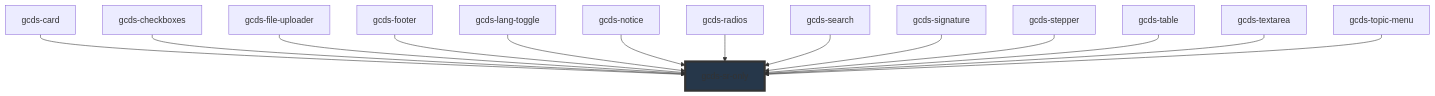
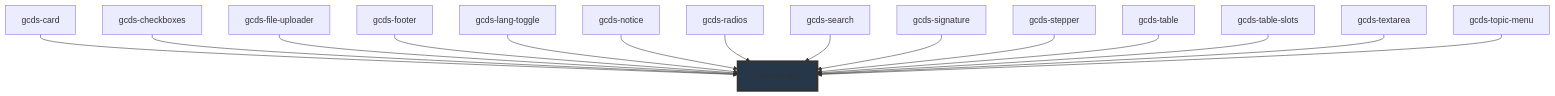
One commit to cds-snc/gcds-components changed the diagram in packages/web/src/components/gcds-sr-only/readme.md. Above: the diagram before and after it, drawn with Mermaid. The commit also changed other lines of this file and 29 other files, not shown here.

Commit message:
Add gcds-table-slots for testing use of slots

````diff
--- a/packages/web/src/components/gcds-sr-only/readme.md
+++ b/packages/web/src/components/gcds-sr-only/readme.md
@@ -45,17 +46,18 @@
 ```mermaid
 graph TD;
   gcds-card --> gcds-sr-only
   gcds-checkboxes --> gcds-sr-only
   gcds-file-uploader --> gcds-sr-only
   gcds-footer --> gcds-sr-only
   gcds-lang-toggle --> gcds-sr-only
   gcds-notice --> gcds-sr-only
   gcds-radios --> gcds-sr-only
   gcds-search --> gcds-sr-only
   gcds-signature --> gcds-sr-only
   gcds-stepper --> gcds-sr-only
   gcds-table --> gcds-sr-only
+  gcds-table-slots --> gcds-sr-only
   gcds-textarea --> gcds-sr-only
   gcds-topic-menu --> gcds-sr-only
   style gcds-sr-only fill:#26374a,stroke:#333,stroke-width:4px
 ```
````
